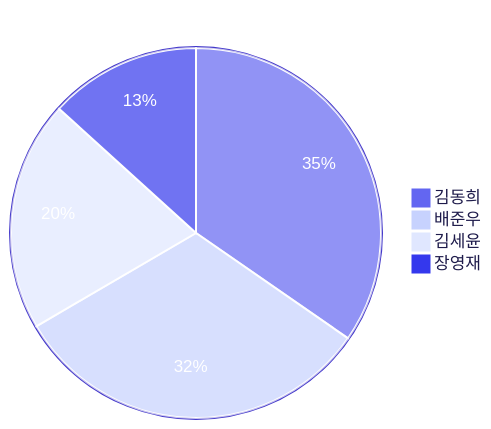
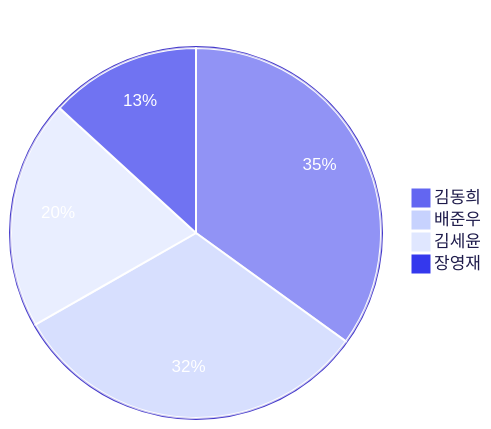
The third of 4 diagrams in README.md (3rd-project-team-1/ALYAC-market-team1), drawn with Mermaid before and after one commit. The commit also changed other lines of this file, not shown here.

````diff
--- a/README.md
+++ b/README.md
@@ -431,17 +430,17 @@
 ```mermaid
 %%{init: { 'theme': 'base', 'themeVariables': {
   'primaryColor': '#6366f1',
   'primaryTextColor': '#ffffff',
   'primaryBorderColor': '#4338ca',
   'secondaryColor': '#c7d2fe',
   'tertiaryColor': '#e0e7ff',
   'pieLegendTextColor': '#1e1b4b',
   'pieStrokeColor': '#ffffff',
   'pieOuterStrokeColor': '#4338ca'
 } } }%%
 pie title 기여자별 커밋 수
-  "김동희" : 141
+  "김동희" : 143
   "배준우" : 130
   "김세윤" : 82
   "장영재" : 54
 ```
````
